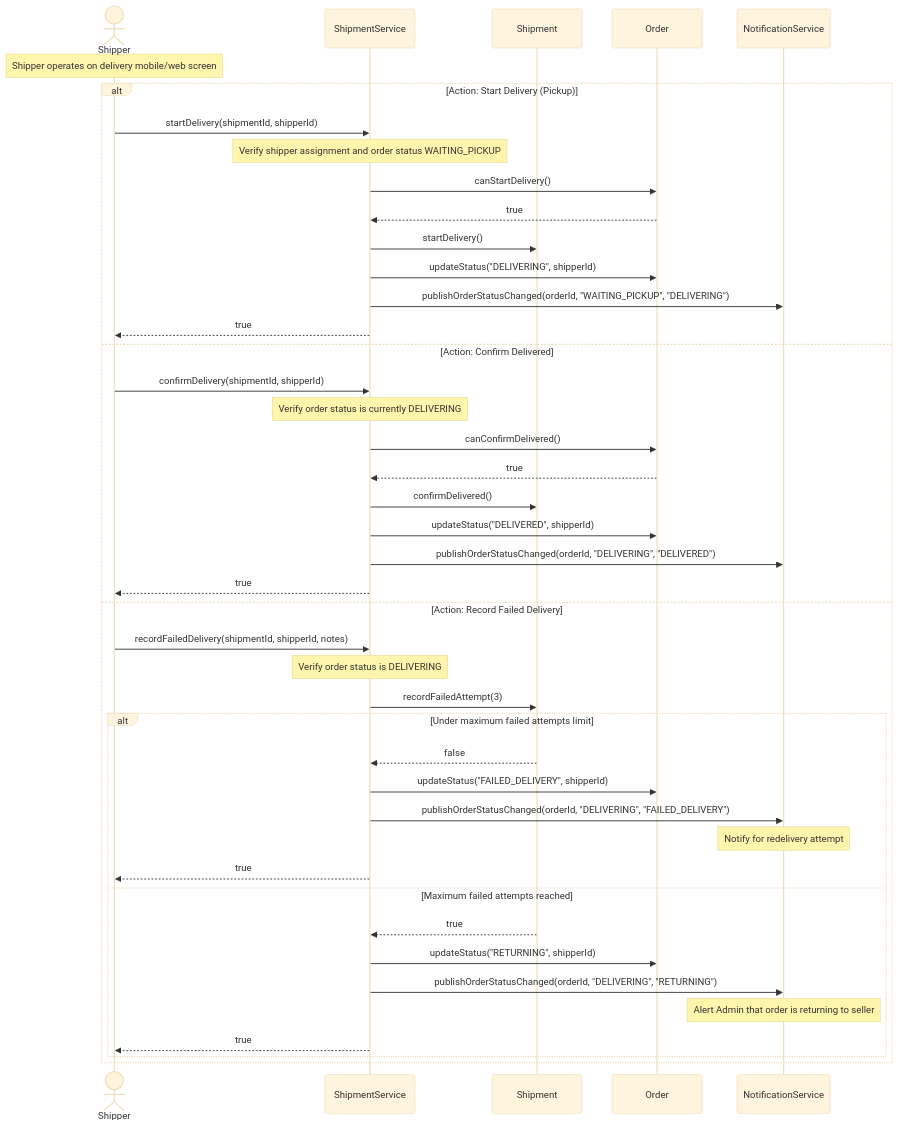
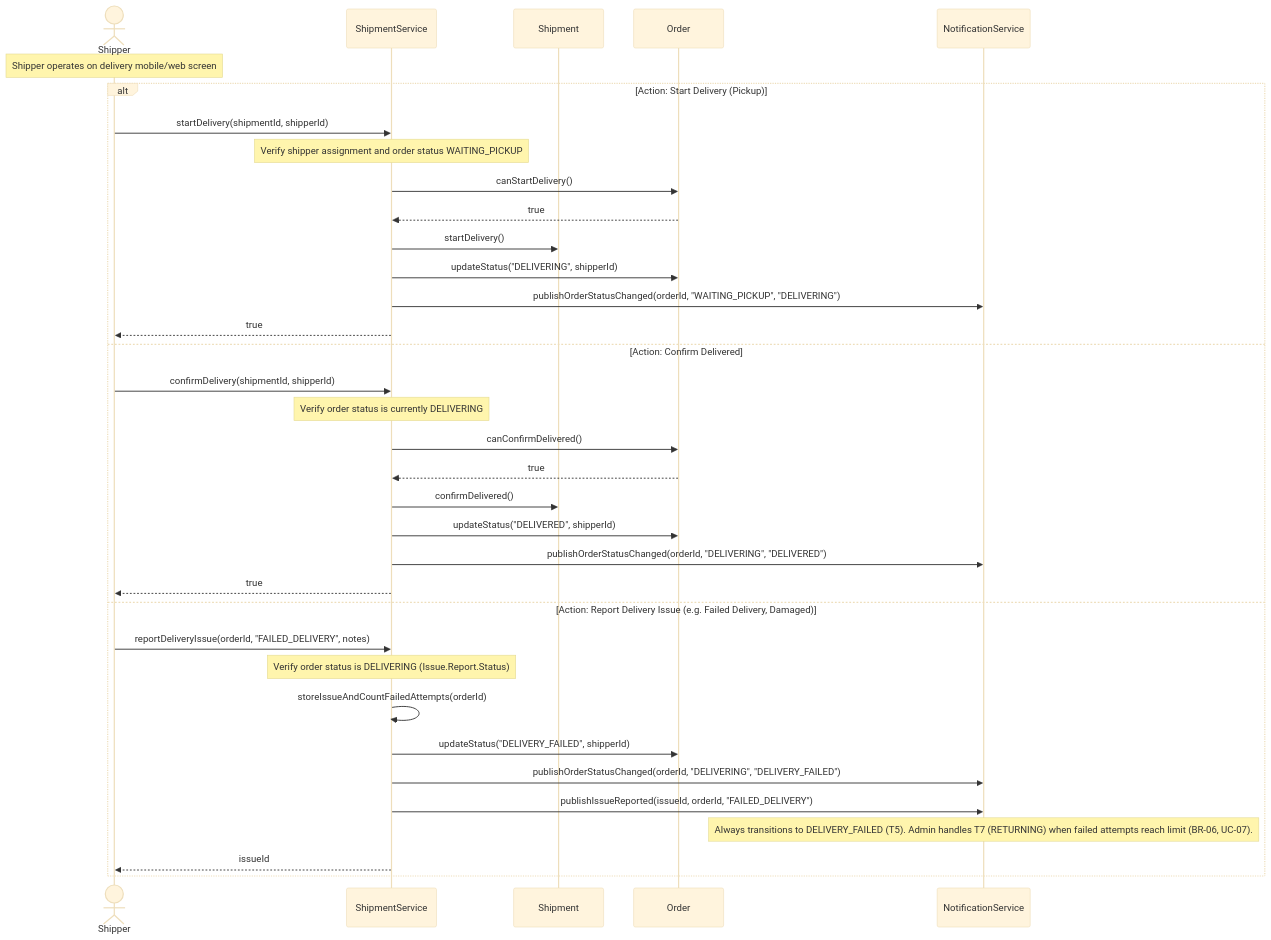
Before and after one commit to MinhNhat-hub/GiaoHangThuongMaiDienTu: the diagram in diagrams/seq-update-delivery-status.mmd, drawn with Mermaid (base theme). The commit also changed 2 other files, not shown here.

```diff
--- a/diagrams/seq-update-delivery-status.mmd
+++ b/diagrams/seq-update-delivery-status.mmd
@@ -1,47 +1,39 @@
 sequenceDiagram
   actor Shipper
   participant ShipmentService
   participant Shipment
   participant Order
   participant NotificationService
 
   Note over Shipper: Shipper operates on delivery mobile/web screen
 
   alt Action: Start Delivery (Pickup)
     Shipper->>ShipmentService: startDelivery(shipmentId, shipperId)
     Note over ShipmentService: Verify shipper assignment and order status WAITING_PICKUP
     ShipmentService->>Order: canStartDelivery()
     Order-->>ShipmentService: true
     ShipmentService->>Shipment: startDelivery()
     ShipmentService->>Order: updateStatus("DELIVERING", shipperId)
     ShipmentService->>NotificationService: publishOrderStatusChanged(orderId, "WAITING_PICKUP", "DELIVERING")
     ShipmentService-->>Shipper: true
 
   else Action: Confirm Delivered
     Shipper->>ShipmentService: confirmDelivery(shipmentId, shipperId)
     Note over ShipmentService: Verify order status is currently DELIVERING
     ShipmentService->>Order: canConfirmDelivered()
     Order-->>ShipmentService: true
     ShipmentService->>Shipment: confirmDelivered()
     ShipmentService->>Order: updateStatus("DELIVERED", shipperId)
     ShipmentService->>NotificationService: publishOrderStatusChanged(orderId, "DELIVERING", "DELIVERED")
     ShipmentService-->>Shipper: true
 
-  else Action: Record Failed Delivery
-    Shipper->>ShipmentService: recordFailedDelivery(shipmentId, shipperId, notes)
-    Note over ShipmentService: Verify order status is DELIVERING
-    ShipmentService->>Shipment: recordFailedAttempt(3)
-    alt Under maximum failed attempts limit
-      Shipment-->>ShipmentService: false
-      ShipmentService->>Order: updateStatus("FAILED_DELIVERY", shipperId)
-      ShipmentService->>NotificationService: publishOrderStatusChanged(orderId, "DELIVERING", "FAILED_DELIVERY")
-      Note over NotificationService: Notify for redelivery attempt
-      ShipmentService-->>Shipper: true
-    else Maximum failed attempts reached
-      Shipment-->>ShipmentService: true
-      ShipmentService->>Order: updateStatus("RETURNING", shipperId)
-      ShipmentService->>NotificationService: publishOrderStatusChanged(orderId, "DELIVERING", "RETURNING")
-      Note over NotificationService: Alert Admin that order is returning to seller
-      ShipmentService-->>Shipper: true
-    end
+  else Action: Report Delivery Issue (e.g. Failed Delivery, Damaged)
+    Shipper->>ShipmentService: reportDeliveryIssue(orderId, "FAILED_DELIVERY", notes)
+    Note over ShipmentService: Verify order status is DELIVERING (Issue.Report.Status)
+    ShipmentService->>ShipmentService: storeIssueAndCountFailedAttempts(orderId)
+    ShipmentService->>Order: updateStatus("DELIVERY_FAILED", shipperId)
+    ShipmentService->>NotificationService: publishOrderStatusChanged(orderId, "DELIVERING", "DELIVERY_FAILED")
+    ShipmentService->>NotificationService: publishIssueReported(issueId, orderId, "FAILED_DELIVERY")
+    Note over NotificationService: Always transitions to DELIVERY_FAILED (T5). Admin handles T7 (RETURNING) when failed attempts reach limit (BR-06, UC-07).
+    ShipmentService-->>Shipper: issueId
   end
```
